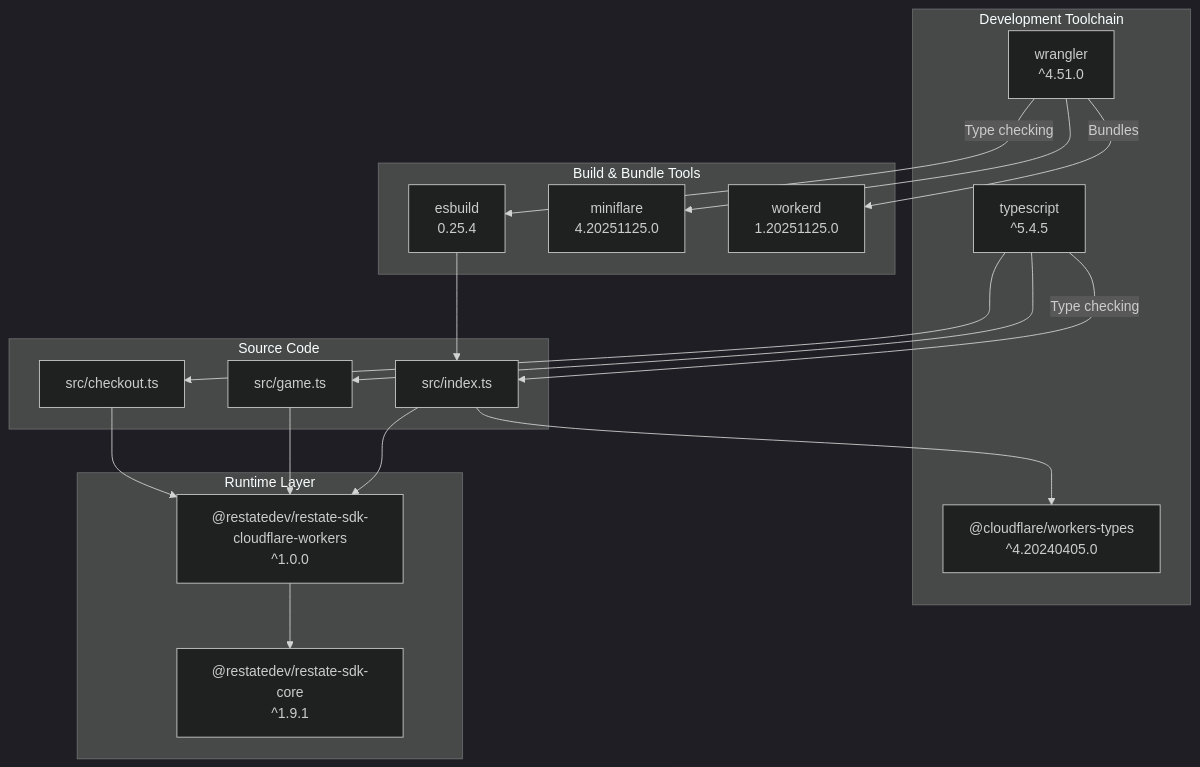
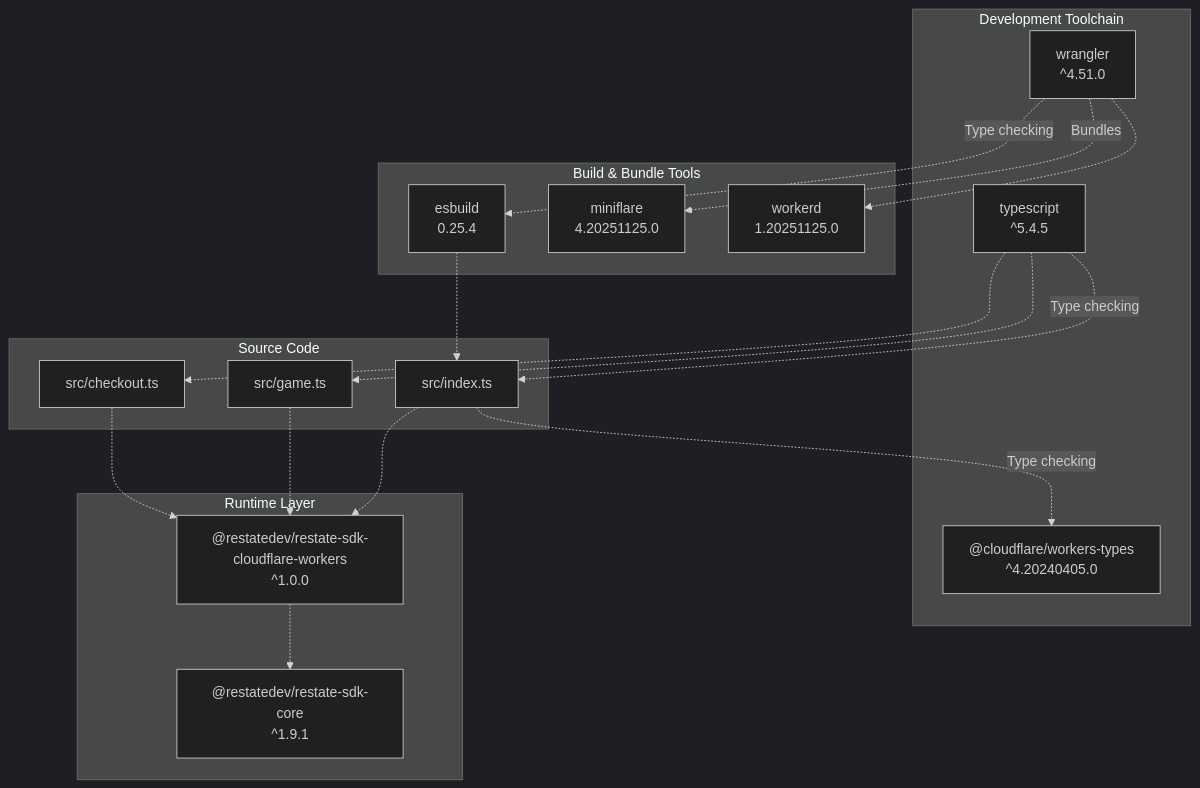
One commit to philipz/restate-cloudflare-workers-poc changed the first of 4 diagrams in docs/deepwiki/Dependencies.md. Above: the diagram before and after it, drawn with Mermaid (dark theme). The commit also changed other lines of this file and 27 other files, not shown here.

````diff
--- a/docs/deepwiki/Dependencies.md
+++ b/docs/deepwiki/Dependencies.md
@@ -40,51 +40,51 @@
 ```mermaid
 flowchart TD
 
 SDK["@restatedev/restate-sdk-cloudflare-workers<br>^1.0.0"]
 Core["@restatedev/restate-sdk-core<br>^1.9.1"]
 Wrangler["wrangler<br>^4.51.0"]
 TS["typescript<br>^5.4.5"]
 Types["@cloudflare/workers-types<br>^4.20240405.0"]
 Esbuild["esbuild<br>0.25.4"]
 Miniflare["miniflare<br>4.20251125.0"]
 Workerd["workerd<br>1.20251125.0"]
 Index["src/index.ts"]
 Game["src/game.ts"]
 Checkout["src/checkout.ts"]
 
-Wrangler -->|"Type checking"| Esbuild
-Wrangler --> Miniflare
-Wrangler -->|"Bundles"| Workerd
-Index --> SDK
-Index --> Types
-Game --> SDK
-Checkout --> SDK
-TS -->|"Type checking"| Index
-TS --> Game
-TS --> Checkout
-Esbuild --> Index
+Wrangler -.->|"Type checking"| Esbuild
+Wrangler -.->|"Bundles"| Miniflare
+Wrangler -.-> Workerd
+Index -.-> SDK
+Index -.->|"Type checking"| Types
+Game -.-> SDK
+Checkout -.-> SDK
+TS -.->|"Type checking"| Index
+TS -.-> Game
+TS -.-> Checkout
+Esbuild -.-> Index
 
 subgraph subGraph3 ["Source Code"]
     Index
     Game
     Checkout
 end
 
 subgraph subGraph2 ["Build & Bundle Tools"]
     Esbuild
     Miniflare
     Workerd
 end
 
 subgraph subGraph1 ["Development Toolchain"]
     Wrangler
     TS
     Types
 end
 
 subgraph subGraph0 ["Runtime Layer"]
     SDK
     Core
-    SDK --> Core
+    SDK -.-> Core
 end
 ```
````
